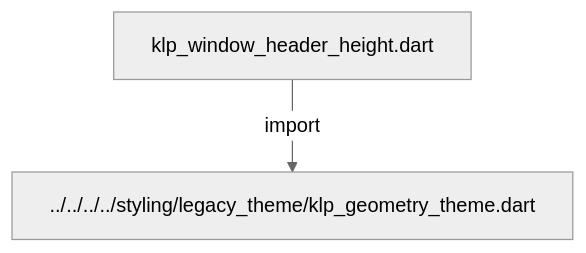
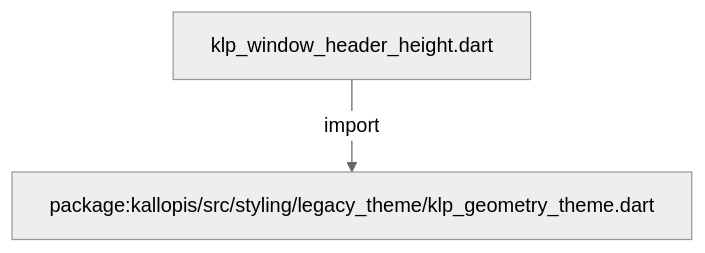
The diagram in docs/architecture/src/features/workspace/shell/window/klp_window_header_height.md (MiuDog/Kallopis), drawn with Mermaid (neutral theme) before and after one commit. The commit also changed other lines of this file and 9688 other files, not shown here.

Commit message:
Prepare isolated Flow F2 peer baseline

````diff
--- a/docs/architecture/src/features/workspace/shell/window/klp_window_header_height.md
+++ b/docs/architecture/src/features/workspace/shell/window/klp_window_header_height.md
@@ -11,6 +11,6 @@
 ```mermaid
 flowchart TD
 	n0["klp_window_header_height.dart"]
-	n1["../../../../styling/legacy_theme/klp_geometry_theme.dart"]
+	n1["package:kallopis/src/styling/legacy_theme/klp_geometry_theme.dart"]
 	n0 -->|"import"| n1
 ```
````
